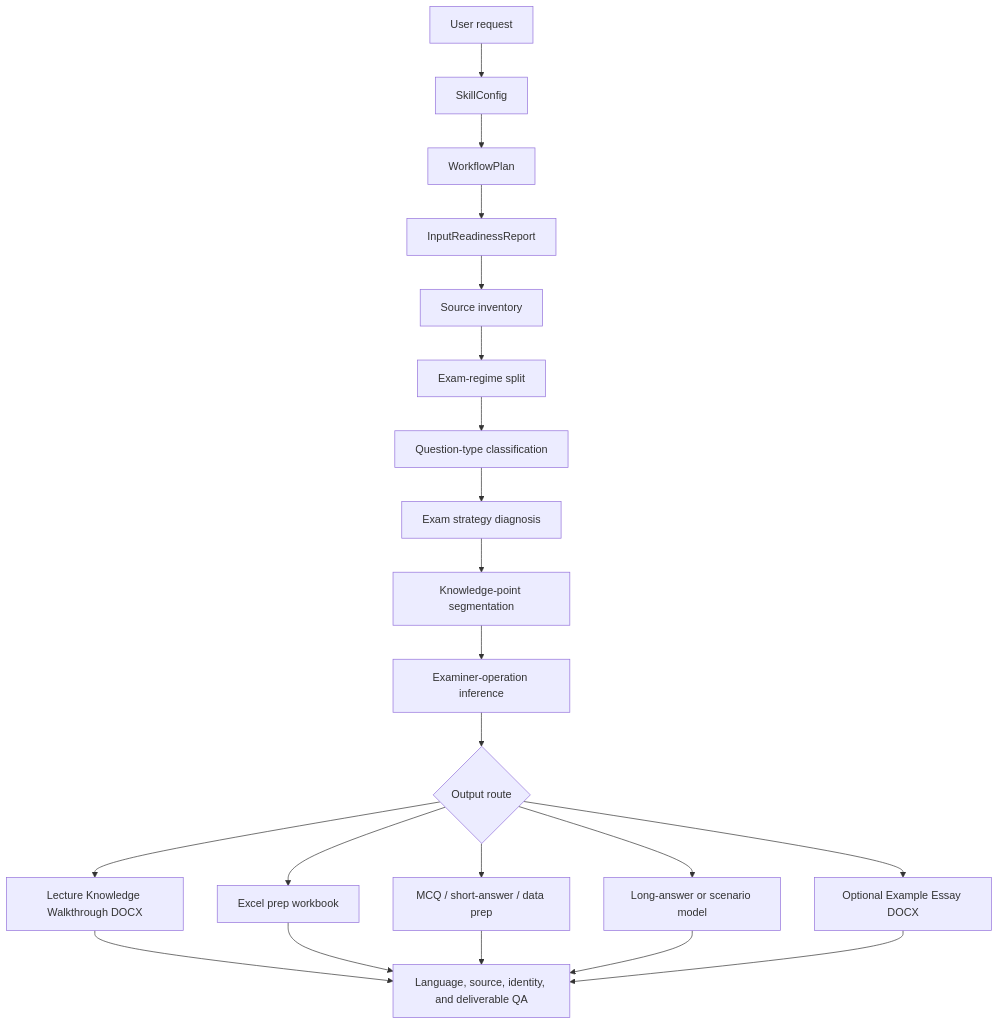
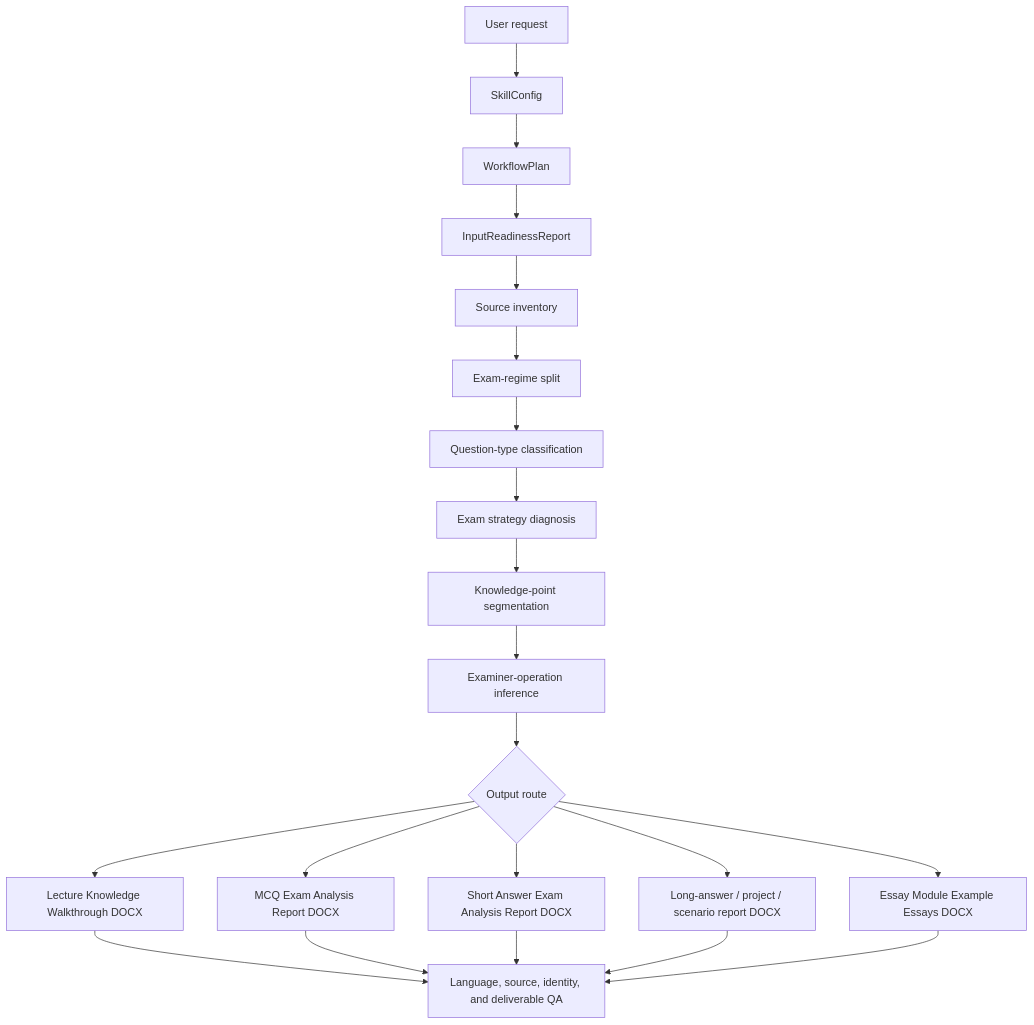
The diagram in README.md (OctavianYimingZhang/sbs-exam-prep-workflow), drawn with Mermaid before and after one commit. The commit also changed other lines of this file and 41 other files, not shown here.

Commit message:
Refocus exam prep outputs on Word add-ons

````diff
--- a/README.md
+++ b/README.md
@@ -246,23 +229,23 @@
 ```mermaid
 flowchart TD
     A[User request] --> B[SkillConfig]
     B --> C[WorkflowPlan]
     C --> D[InputReadinessReport]
     D --> E[Source inventory]
     E --> F[Exam-regime split]
     F --> G[Question-type classification]
     G --> H[Exam strategy diagnosis]
     H --> I[Knowledge-point segmentation]
     I --> J[Examiner-operation inference]
     J --> K{Output route}
     K --> L[Lecture Knowledge Walkthrough DOCX]
-    K --> M[Excel prep workbook]
-    K --> N[MCQ / short-answer / data prep]
-    K --> O[Long-answer or scenario model]
-    K --> Q[Optional Example Essay DOCX]
+    K --> M[MCQ Exam Analysis Report DOCX]
+    K --> N[Short Answer Exam Analysis Report DOCX]
+    K --> O[Long-answer / project / scenario report DOCX]
+    K --> Q[Essay Module Example Essays DOCX]
     L --> P[Language, source, identity, and deliverable QA]
     M --> P
     N --> P
     O --> P
     Q --> P
 ```
````
